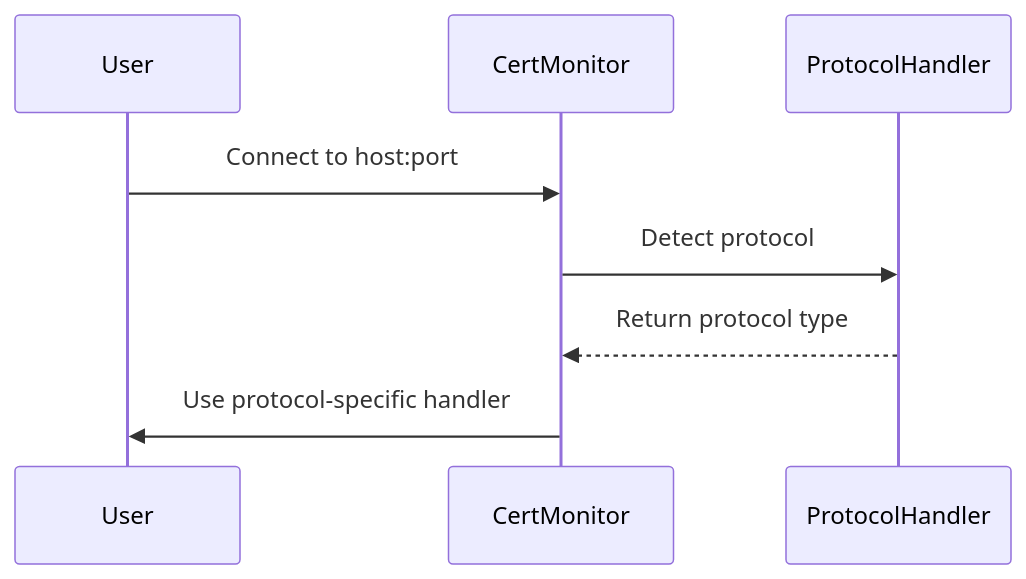
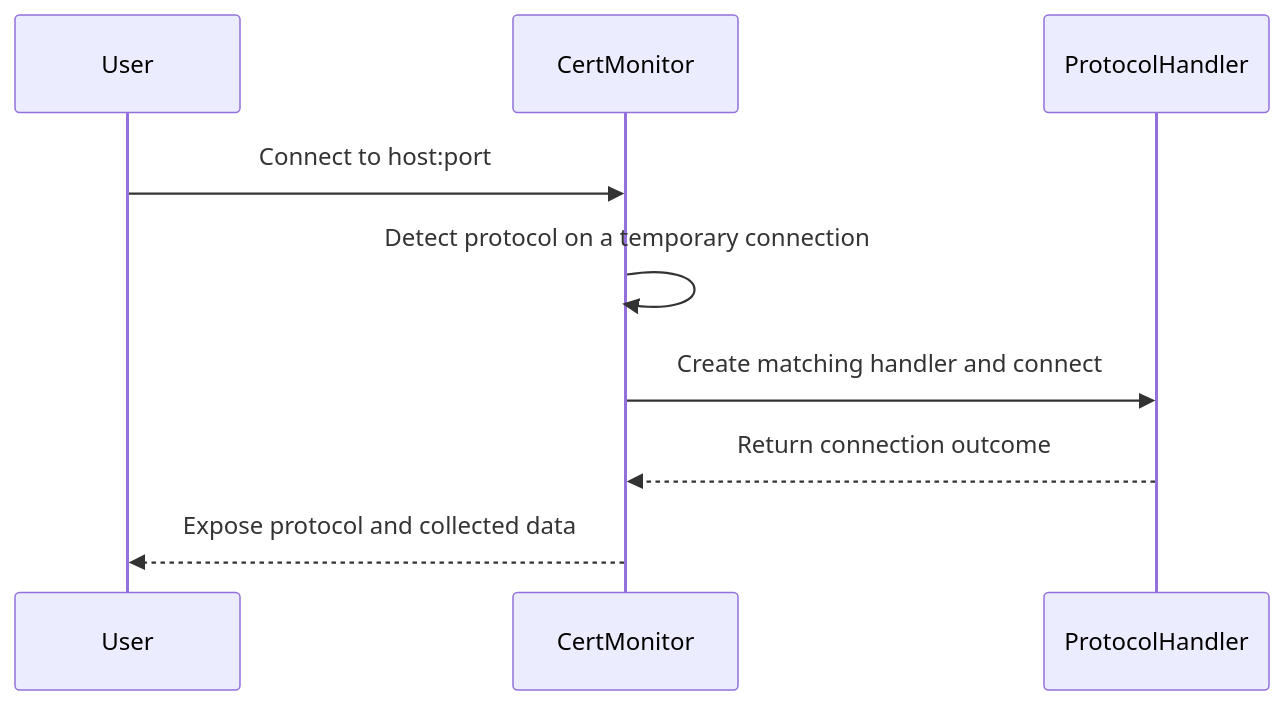
Before and after one commit to bradh11/certmonitor: the second of 2 diagrams in docs/usage/protocol.md, drawn with Mermaid. The commit also changed other lines of this file and 82 other files, not shown here.

````diff
--- a/docs/usage/protocol.md
+++ b/docs/usage/protocol.md
@@ -40,10 +40,11 @@
 ```mermaid
 sequenceDiagram
     participant User
     participant CertMonitor
     participant ProtocolHandler
     User->>CertMonitor: Connect to host:port
-    CertMonitor->>ProtocolHandler: Detect protocol
-    ProtocolHandler-->>CertMonitor: Return protocol type
-    CertMonitor->>User: Use protocol-specific handler
+    CertMonitor->>CertMonitor: Detect protocol on a temporary connection
+    CertMonitor->>ProtocolHandler: Create matching handler and connect
+    ProtocolHandler-->>CertMonitor: Return connection outcome
+    CertMonitor-->>User: Expose protocol and collected data
 ```
````
